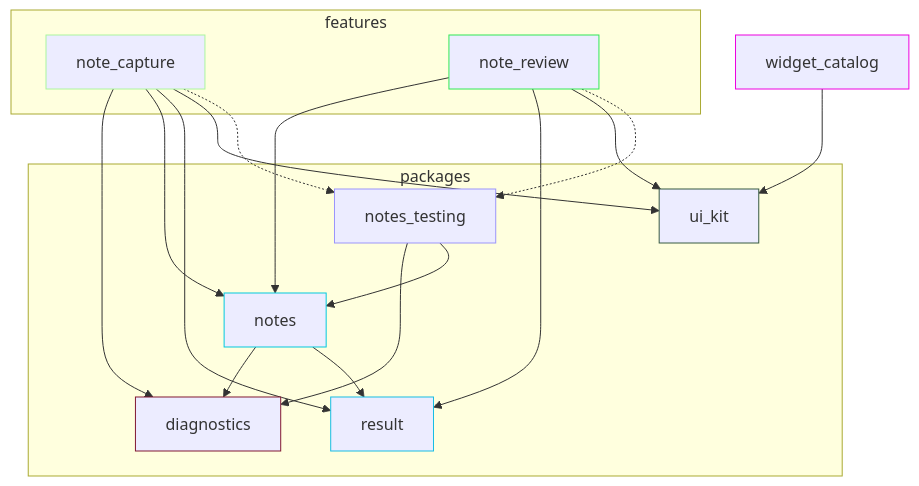
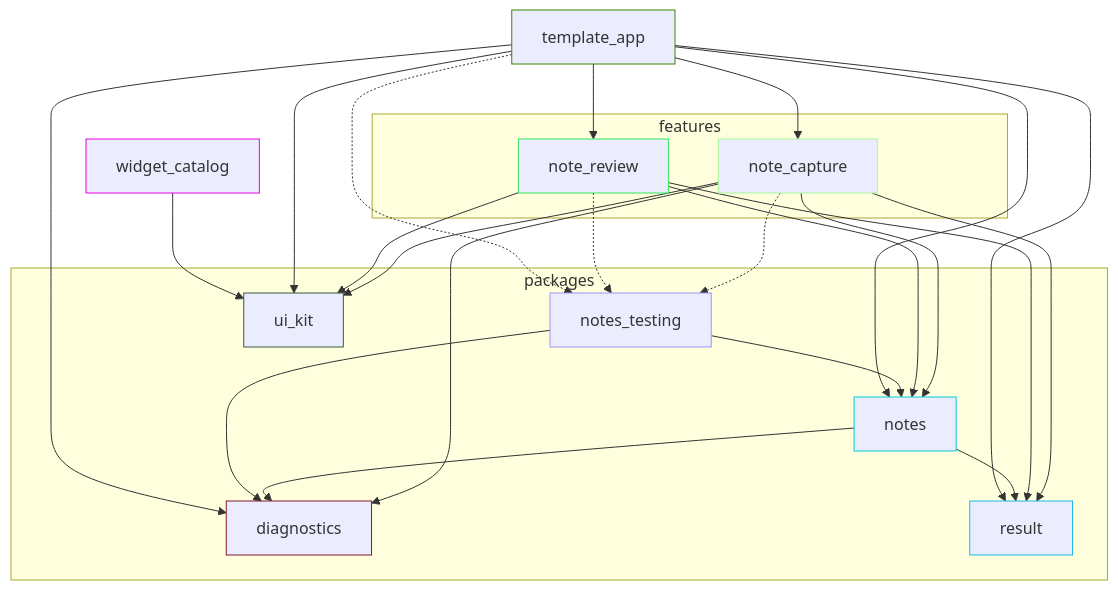
The diagram in docs/module-graph.md (ethicnology/flutter-template), drawn with Mermaid before and after one commit. The commit also changed 103 other files, not shown here.

````diff
--- a/docs/module-graph.md
+++ b/docs/module-graph.md
@@ -5,44 +5,53 @@
 ```mermaid
 graph TD
   diagnostics["diagnostics"]
   style diagnostics stroke:#811832
   note_capture["note_capture"]
   style note_capture stroke:#abf59e
   note_review["note_review"]
   style note_review stroke:#30e857
   notes["notes"]
   style notes stroke:#03c9dd
   notes_testing["notes_testing"]
   style notes_testing stroke:#9b95fb
   result["result"]
   style result stroke:#17bde3
+  template_app["template_app"]
+  style template_app stroke:#388803
   ui_kit["ui_kit"]
   style ui_kit stroke:#375a43
   widget_catalog["widget_catalog"]
   style widget_catalog stroke:#ed01df
   note_capture --> diagnostics
   note_capture --> notes
   note_capture --> result
   note_capture --> ui_kit
   note_capture -.-> notes_testing
   note_review --> notes
   note_review --> result
   note_review --> ui_kit
   note_review -.-> notes_testing
   notes --> diagnostics
   notes --> result
   notes_testing --> diagnostics
   notes_testing --> notes
+  template_app --> diagnostics
+  template_app --> note_capture
+  template_app --> note_review
+  template_app --> notes
+  template_app --> result
+  template_app --> ui_kit
+  template_app -.-> notes_testing
   widget_catalog --> ui_kit
   subgraph packages0 ["packages"]
     diagnostics
     notes
     notes_testing
     result
     ui_kit
   end
   subgraph features1 ["features"]
     note_capture
     note_review
   end
 ```
````
